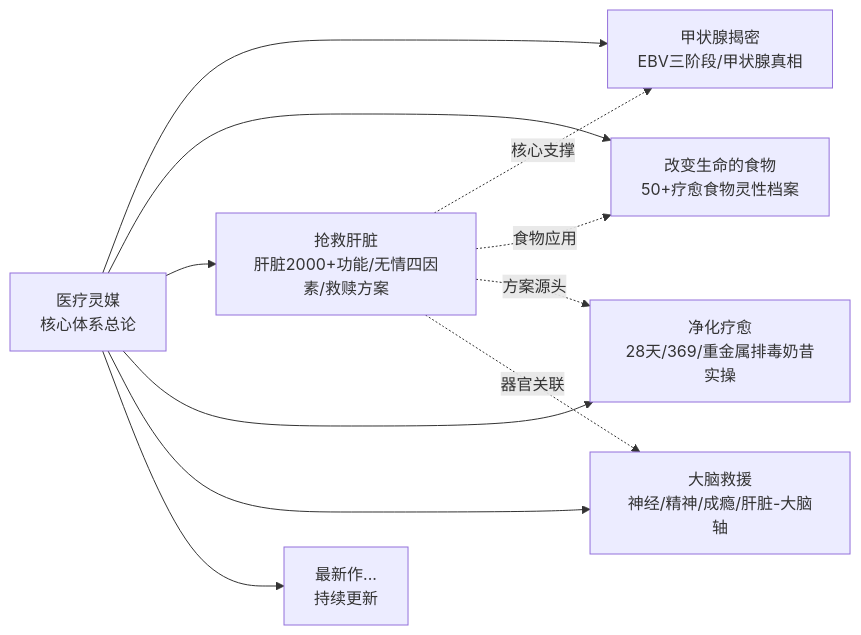
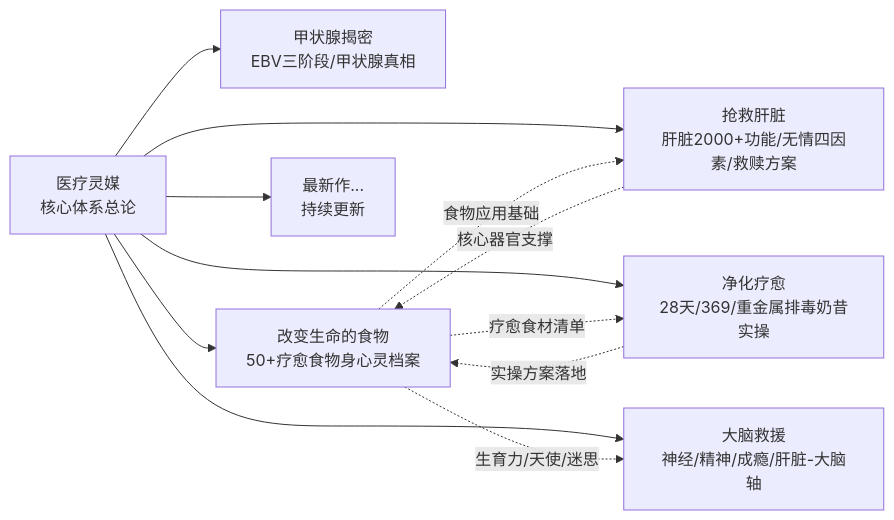
Before and after one commit to OpenDocCN1/mystery-llm-wiki: the third of 3 diagrams in pages/yi-liao-ling-mei.md, drawn with Mermaid. The commit also changed other lines of this file and 4 other files, not shown here.

````diff
--- a/pages/yi-liao-ling-mei.md
+++ b/pages/yi-liao-ling-mei.md
@@ -217,14 +391,15 @@
 ```mermaid
 graph LR
     A[医疗灵媒<br/>核心体系总论] --> B[甲状腺揭密<br/>EBV三阶段/甲状腺真相]
-    A --> C[改变生命的食物<br/>50+疗愈食物灵性档案]
+    A --> C[改变生命的食物<br/>50+疗愈食物身心灵档案]
     A --> D[抢救肝脏<br/>肝脏2000+功能/无情四因素/救赎方案]
     A --> E[净化疗愈<br/>28天/369/重金属排毒奶昔实操]
     A --> F[大脑救援<br/>神经/精神/成瘾/肝脏-大脑轴]
     A --> G[最新作...<br/>持续更新]
     
-    D -.->|核心支撑| B
-    D -.->|食物应用| C
-    D -.->|方案源头| E
-    D -.->|器官关联| F
+    C -.->|食物应用基础| D
+    C -.->|疗愈食材清单| E
+    C -.->|生育力/天使/迷思| F
+    D -.->|核心器官支撑| C
+    E -.->|实操方案落地| C
 ```
````
